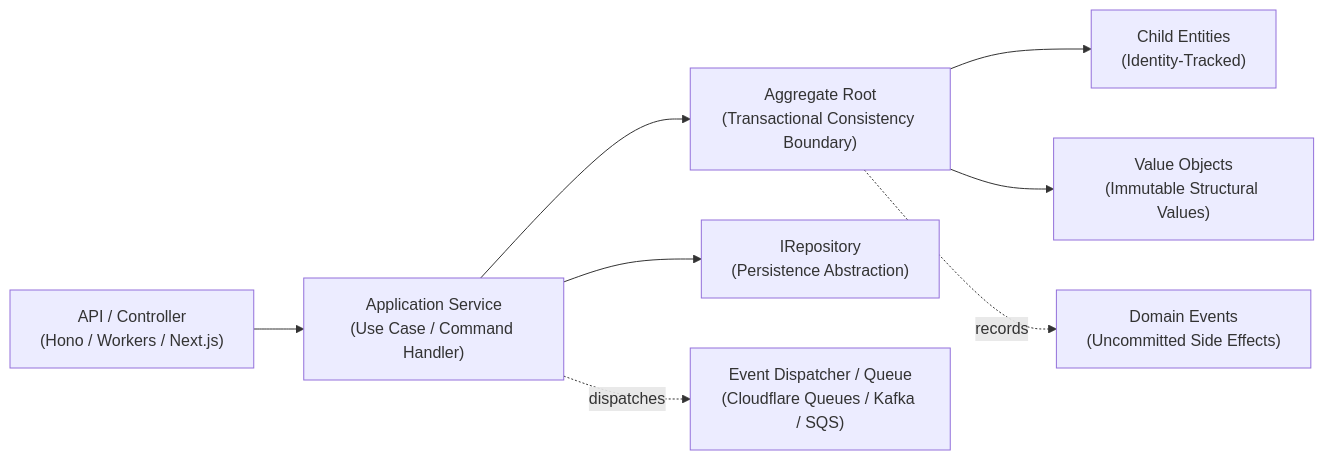
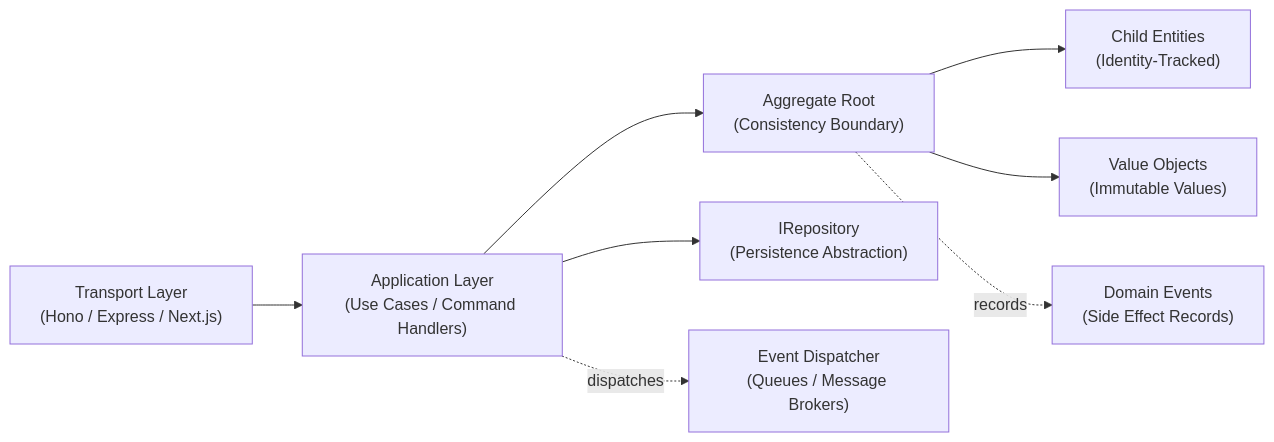
One commit to Banksia-Corp/domain-objects changed the diagram in docs/guide/introduction.md. Above: the diagram before and after it, drawn with Mermaid. The commit also changed other lines of this file and 12 other files, not shown here.

````diff
--- a/docs/guide/introduction.md
+++ b/docs/guide/introduction.md
@@ -41,10 +52,10 @@
 ```mermaid
 flowchart LR
-    Transport["API / Controller\n(Hono / Workers / Next.js)"] --> AppService["Application Service\n(Use Case / Command Handler)"]
-    AppService --> Aggregate["Aggregate Root\n(Transactional Consistency Boundary)"]
+    Transport["Transport Layer\n(Hono / Express / Next.js)"] --> AppService["Application Layer\n(Use Cases / Command Handlers)"]
+    AppService --> Aggregate["Aggregate Root\n(Consistency Boundary)"]
     Aggregate --> ChildEntities["Child Entities\n(Identity-Tracked)"]
-    Aggregate --> ValueObjects["Value Objects\n(Immutable Structural Values)"]
-    Aggregate -. records .-> DomainEvents["Domain Events\n(Uncommitted Side Effects)"]
-    AppService --> Repository["IRepository<T>\n(Persistence Abstraction)"]
-    AppService -. dispatches .-> EventBus["Event Dispatcher / Queue\n(Cloudflare Queues / Kafka / SQS)"]
+    Aggregate --> ValueObjects["Value Objects\n(Immutable Values)"]
+    Aggregate -. records .-> DomainEvents["Domain Events\n(Side Effect Records)"]
+    AppService --> Repository["IRepository\n(Persistence Abstraction)"]
+    AppService -. dispatches .-> EventBus["Event Dispatcher\n(Queues / Message Brokers)"]
 ```
````
